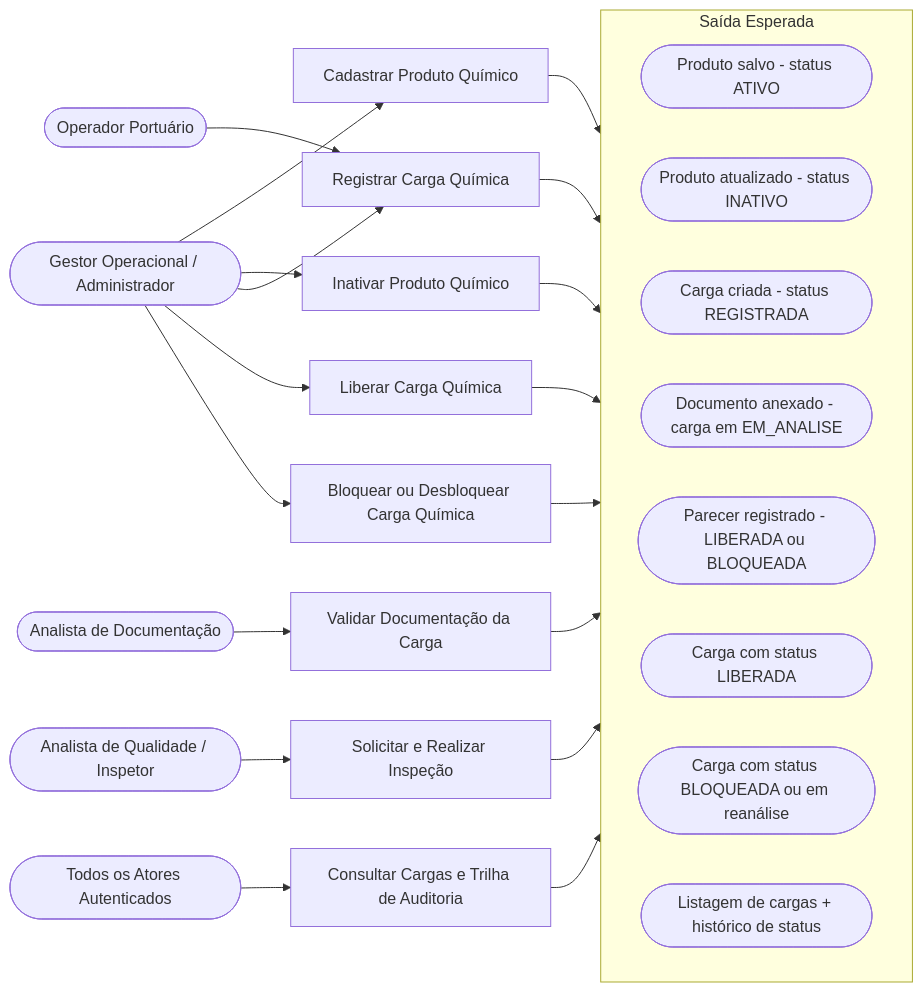
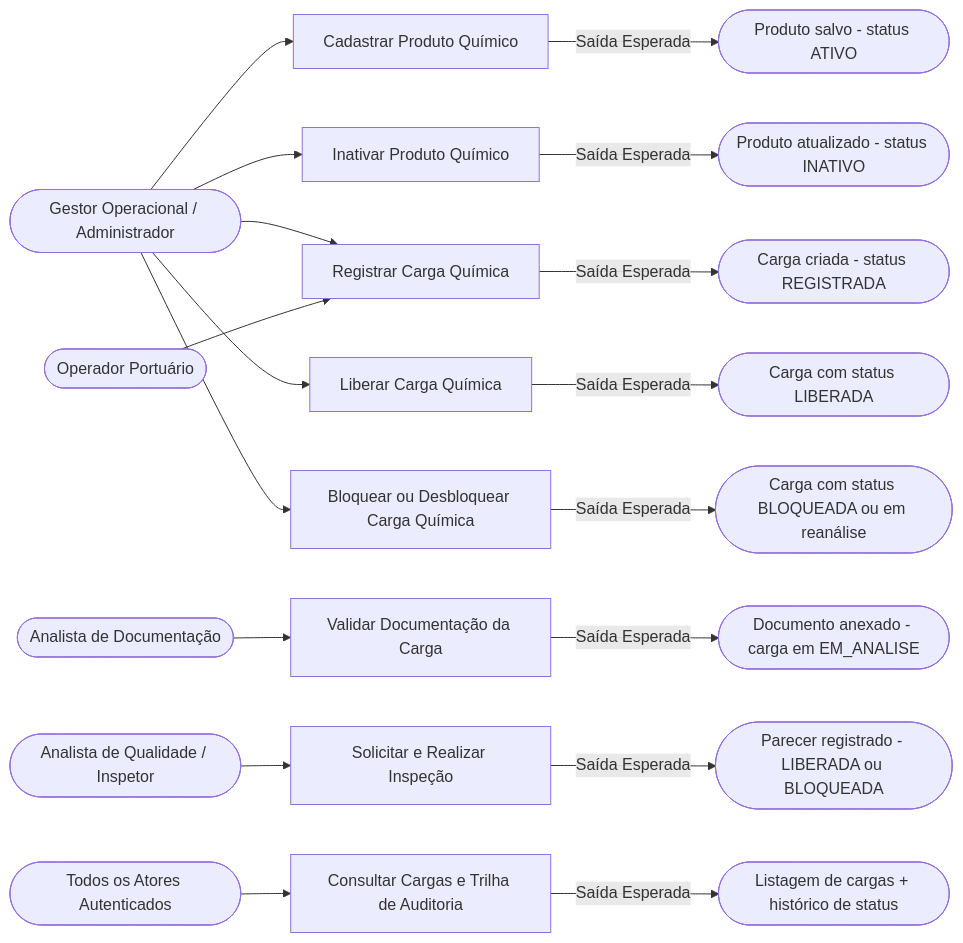
Before and after one commit to gabrixlzdev/QuimiPort: the first of 2 diagrams in docs/3_casos_de_uso.md, drawn with Mermaid.

Commit message:
docs: correção no diagrama

````diff
--- a/docs/3_casos_de_uso.md
+++ b/docs/3_casos_de_uso.md
@@ -5,43 +5,31 @@
 ```mermaid
 flowchart LR
   Gestor([Gestor Operacional / Administrador])
   Operador([Operador Portuário])
   Analista([Analista de Documentação])
   Qualidade([Analista de Qualidade / Inspetor])
   Todos([Todos os Atores Autenticados])
 
   Gestor --> UC1[Cadastrar Produto Químico]
   Gestor --> UC2[Inativar Produto Químico]
   Gestor --> UC3[Registrar Carga Química]
   Gestor --> UC6[Liberar Carga Química]
   Gestor --> UC7[Bloquear ou Desbloquear Carga Química]
 
   Operador --> UC3
 
   Analista --> UC4[Validar Documentação da Carga]
 
   Qualidade --> UC5[Solicitar e Realizar Inspeção]
 
   Todos --> UC8[Consultar Cargas e Trilha de Auditoria]
 
-  subgraph SaidaEsperada [Saída Esperada]
-    direction LR
-    S1([Produto salvo - status ATIVO])
-    S2([Produto atualizado - status INATIVO])
-    S3([Carga criada - status REGISTRADA])
-    S4([Documento anexado - carga em EM_ANALISE])
-    S5([Parecer registrado - LIBERADA ou BLOQUEADA])
-    S6([Carga com status LIBERADA])
-    S7([Carga com status BLOQUEADA ou em reanálise])
-    S8([Listagem de cargas + histórico de status])
-  end
-
-  UC1 --> S1
-  UC2 --> S2
-  UC3 --> S3
-  UC4 --> S4
-  UC5 --> S5
-  UC6 --> S6
-  UC7 --> S7
-  UC8 --> S8
+  UC1 -->|Saída Esperada| S1([Produto salvo - status ATIVO])
+  UC2 -->|Saída Esperada| S2([Produto atualizado - status INATIVO])
+  UC3 -->|Saída Esperada| S3([Carga criada - status REGISTRADA])
+  UC4 -->|Saída Esperada| S4([Documento anexado - carga em EM_ANALISE])
+  UC5 -->|Saída Esperada| S5([Parecer registrado - LIBERADA ou BLOQUEADA])
+  UC6 -->|Saída Esperada| S6([Carga com status LIBERADA])
+  UC7 -->|Saída Esperada| S7([Carga com status BLOQUEADA ou em reanálise])
+  UC8 -->|Saída Esperada| S8([Listagem de cargas + histórico de status])
 ```
````
